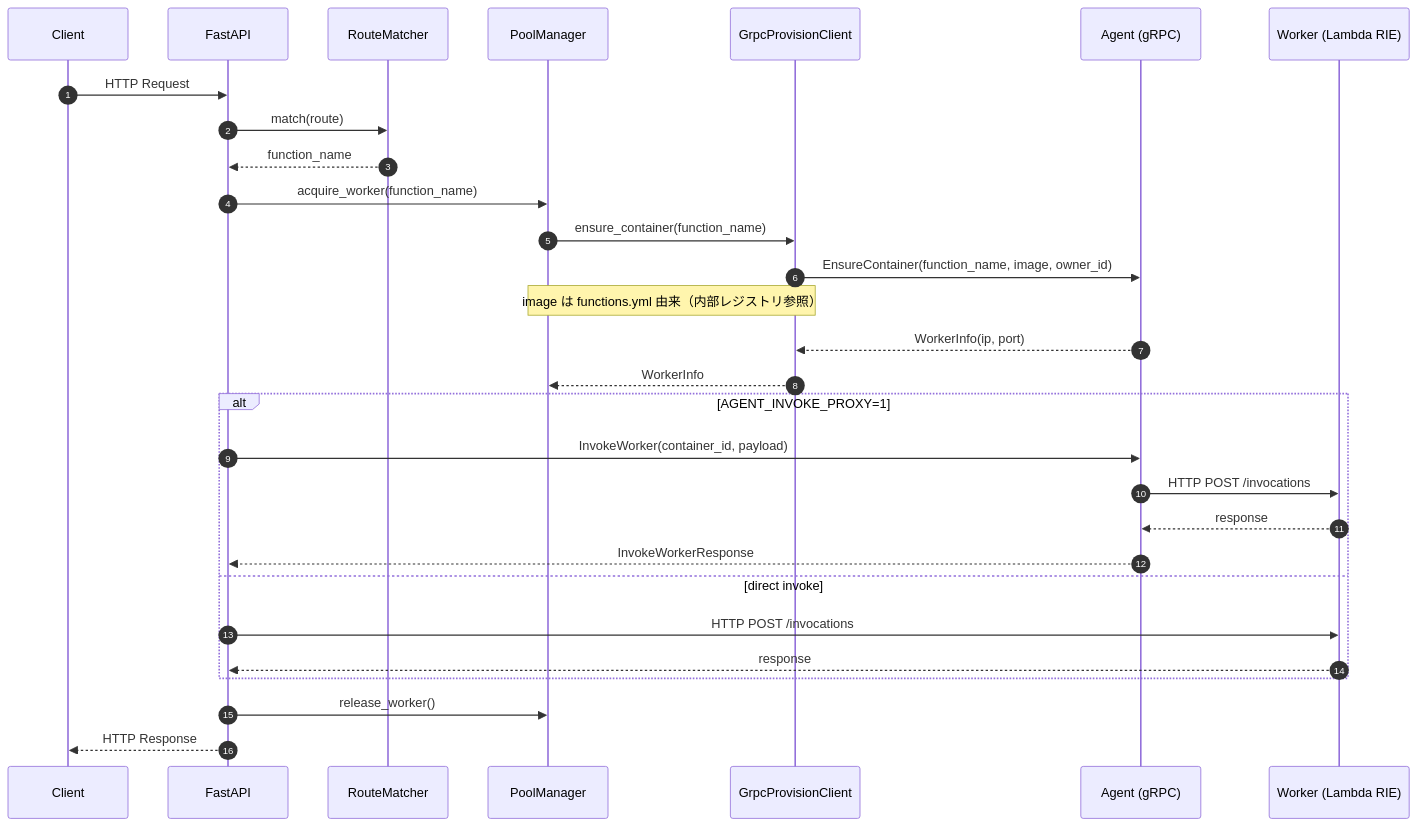
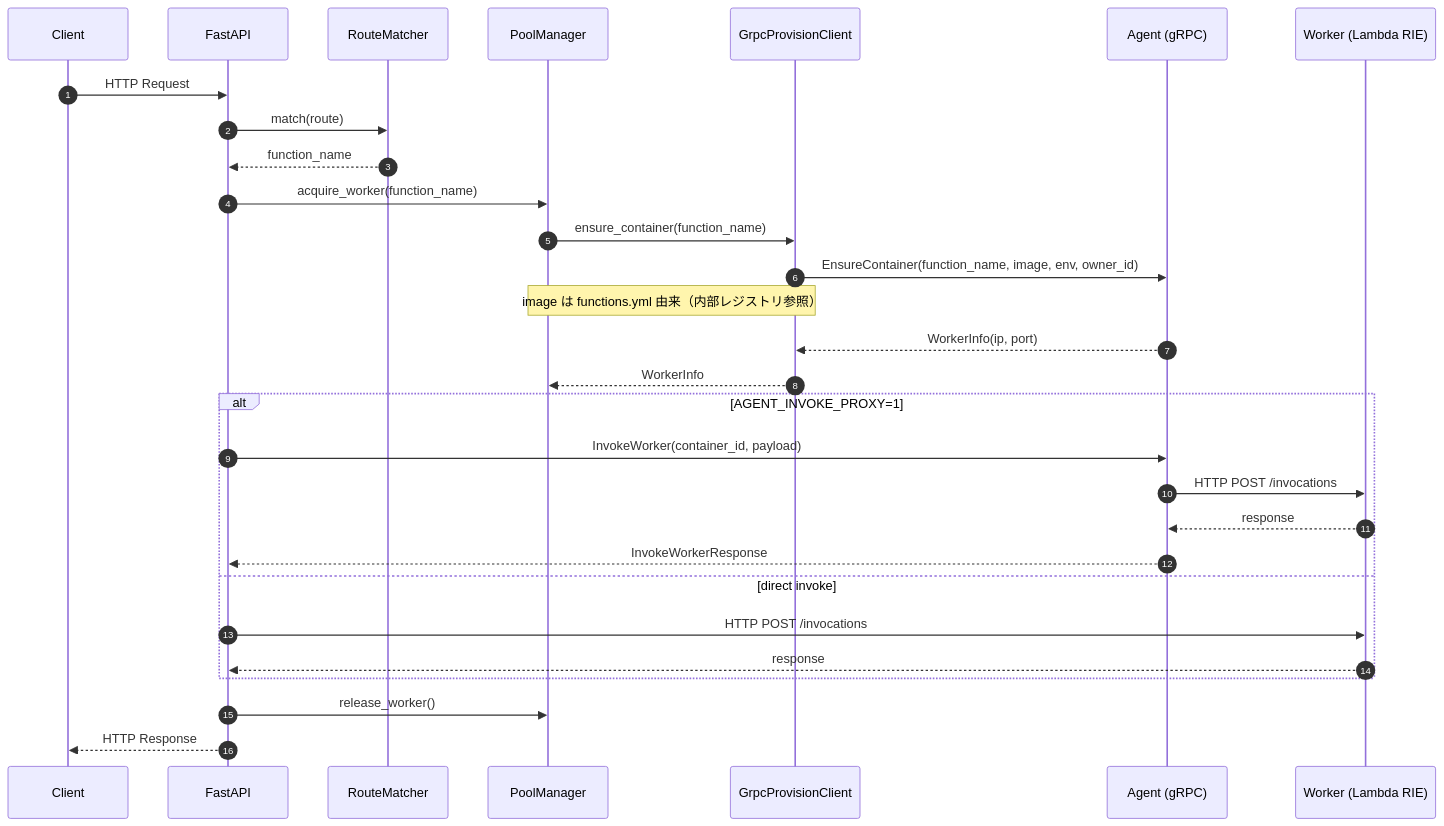
Before and after one commit to poruru-code/esb: the second of 3 diagrams in services/gateway/docs/architecture.md, drawn with Mermaid. The commit also changed 2 other files, not shown here.

Commit message:
Docs: prewarm仕様と図の整合を修正

````diff
--- a/services/gateway/docs/architecture.md
+++ b/services/gateway/docs/architecture.md
@@ -42,34 +42,34 @@
 ```mermaid
 sequenceDiagram
     autonumber
     participant Client
     participant GW as FastAPI
     participant RM as RouteMatcher
     participant PM as PoolManager
     participant GP as GrpcProvisionClient
     participant AG as Agent (gRPC)
     participant WK as Worker (Lambda RIE)
 
     Client->>GW: HTTP Request
     GW->>RM: match(route)
     RM-->>GW: function_name
     GW->>PM: acquire_worker(function_name)
     PM->>GP: ensure_container(function_name)
-    GP->>AG: EnsureContainer(function_name, image, owner_id)
+    GP->>AG: EnsureContainer(function_name, image, env, owner_id)
     Note over PM,GP: image は functions.yml 由来（内部レジストリ参照）
     AG-->>GP: WorkerInfo(ip, port)
     GP-->>PM: WorkerInfo
 
     alt AGENT_INVOKE_PROXY=1
         GW->>AG: InvokeWorker(container_id, payload)
         AG->>WK: HTTP POST /invocations
         WK-->>AG: response
         AG-->>GW: InvokeWorkerResponse
     else direct invoke
         GW->>WK: HTTP POST /invocations
         WK-->>GW: response
     end
 
     GW->>PM: release_worker()
     GW-->>Client: HTTP Response
 ```
````
